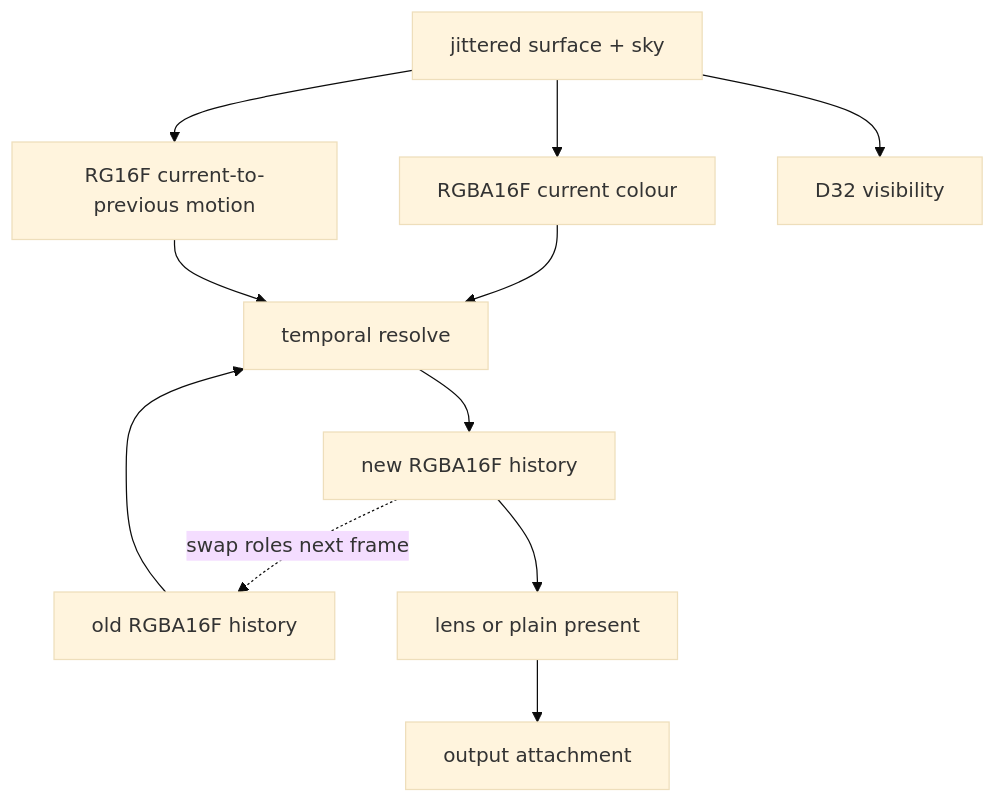
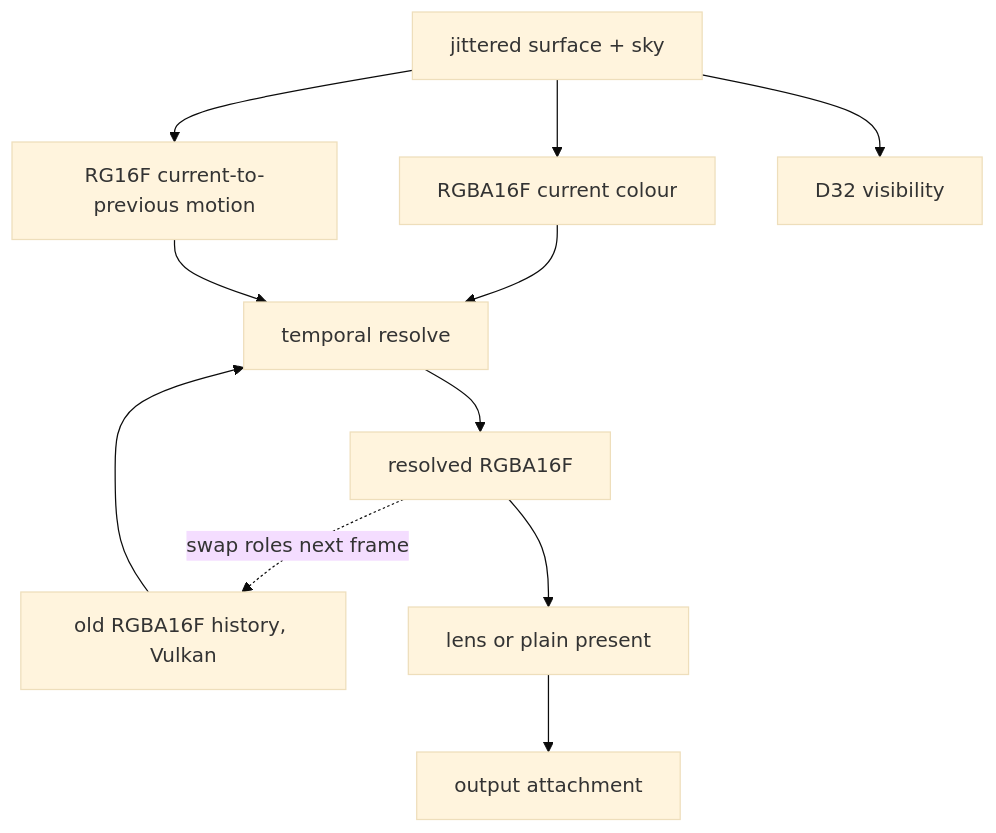
The diagram in wiki/temporal-antialiasing.org (mbrock/luv), drawn with Mermaid (base theme) before and after one commit. The commit also changed other lines of this file and 9 other files, not shown here.

```diff
--- a/wiki/temporal-antialiasing.org
+++ b/wiki/temporal-antialiasing.org
@@ -67,13 +68,13 @@
 #+begin_src mermaid
 flowchart TB
   S["jittered surface + sky"] --> C["RGBA16F current colour"]
   S --> M["RG16F current-to-previous motion"]
   S --> D["D32 visibility"]
   C --> R["temporal resolve"]
   M --> R
-  A["old RGBA16F history"] --> R
-  R --> B["new RGBA16F history"]
+  A["old RGBA16F history, Vulkan"] --> R
+  R --> B["resolved RGBA16F"]
   B -. "swap roles next frame" .-> A
   B --> P["lens or plain present"]
   P --> O["output attachment"]
 #+end_src
```
